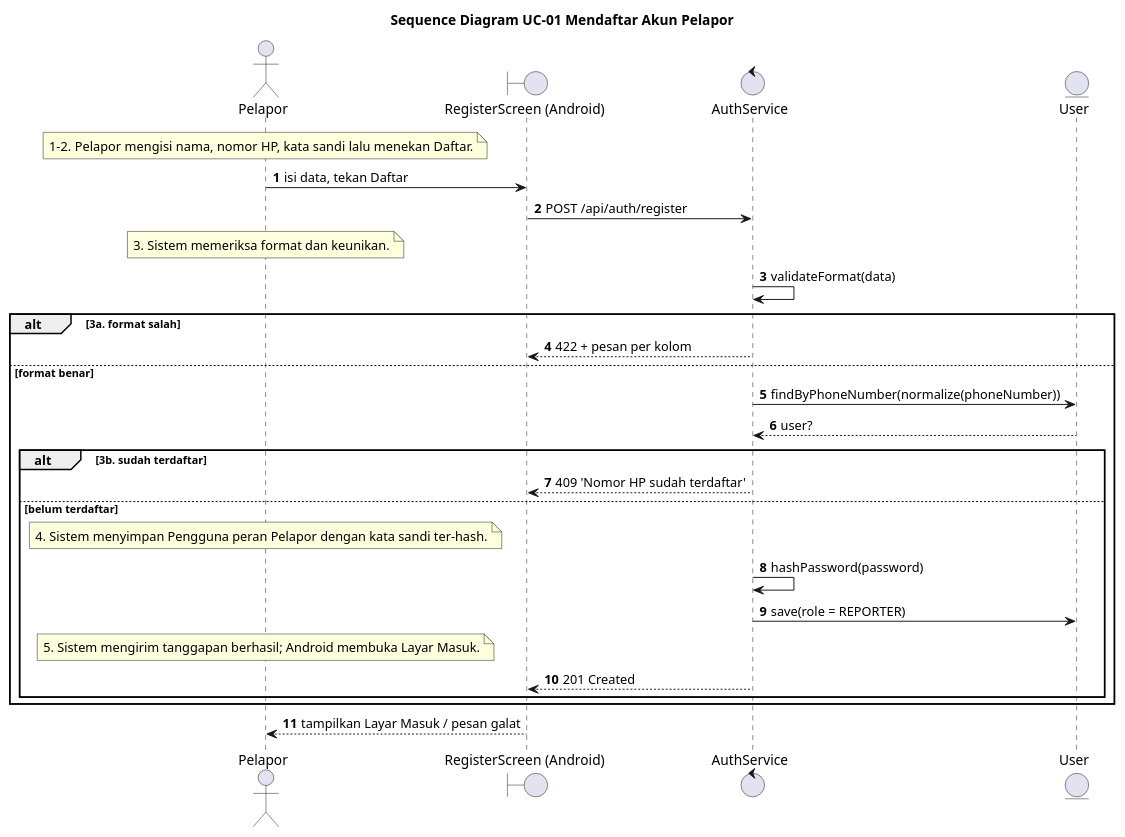
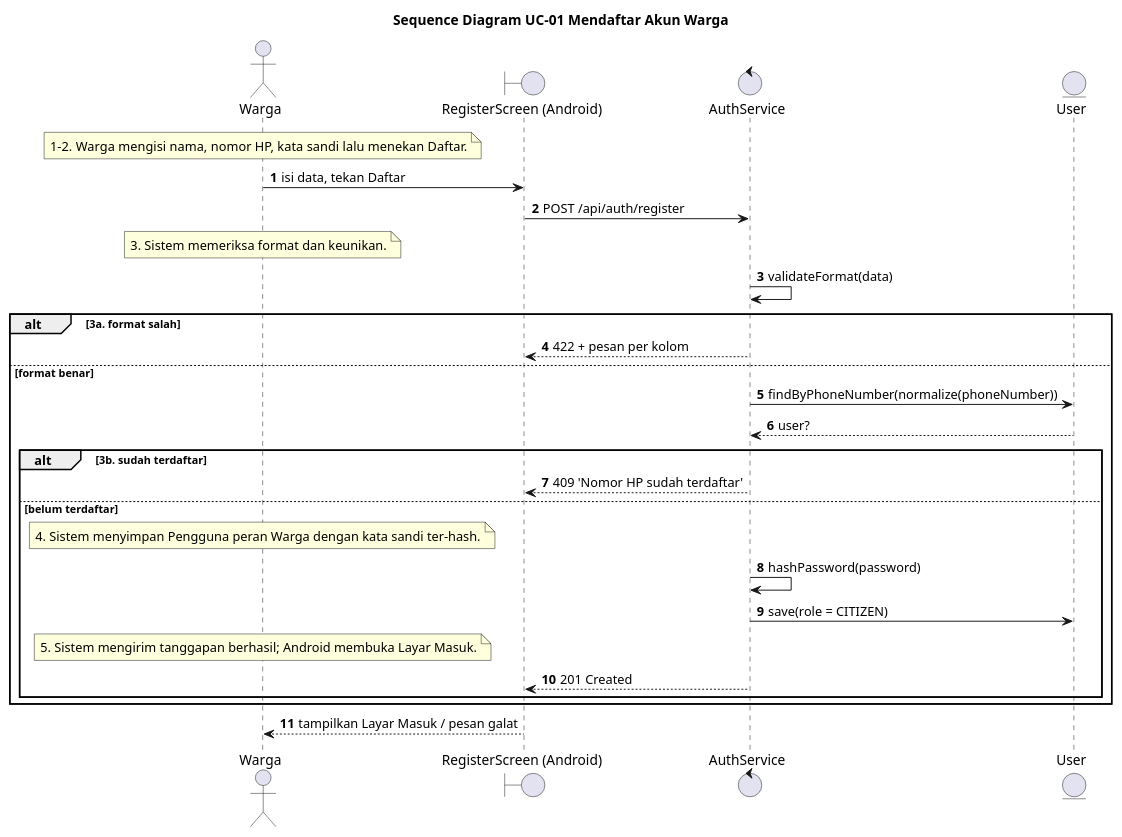
The diagram in specs/001-uc01-register-reporter/iconix/uc01-sequence.puml (wirapatigilang/laporapi-api-web), drawn with PlantUML before and after one commit. The commit also changed 46 other files, not shown here.

First line of the commit message:
Aktor Pelapor diganti Warga, peran REPORTER menjadi CITIZEN

```diff
--- a/specs/001-uc01-register-reporter/iconix/uc01-sequence.puml
+++ b/specs/001-uc01-register-reporter/iconix/uc01-sequence.puml
@@ -1,29 +1,29 @@
 @startuml
-title Sequence Diagram UC-01 Mendaftar Akun Pelapor
+title Sequence Diagram UC-01 Mendaftar Akun Warga
 autonumber
-actor "Pelapor" as pel
+actor "Warga" as pel
 boundary "RegisterScreen (Android)" as lyr
 control "AuthService" as auth
 entity "User" as png
-note over pel : 1–2. Pelapor mengisi nama, nomor HP, kata sandi lalu menekan Daftar.
+note over pel : 1–2. Warga mengisi nama, nomor HP, kata sandi lalu menekan Daftar.
 pel -> lyr : isi data, tekan Daftar
 lyr -> auth : POST /api/auth/register
 note over pel : 3. Sistem memeriksa format dan keunikan.
 auth -> auth : validateFormat(data)
 alt 3a. format salah
 auth --> lyr : 422 + pesan per kolom
 else format benar
 auth -> png : findByPhoneNumber(normalize(phoneNumber))
 png --> auth : user?
 alt 3b. sudah terdaftar
 auth --> lyr : 409 'Nomor HP sudah terdaftar'
 else belum terdaftar
-note over pel : 4. Sistem menyimpan Pengguna peran Pelapor dengan kata sandi ter-hash.
+note over pel : 4. Sistem menyimpan Pengguna peran Warga dengan kata sandi ter-hash.
 auth -> auth : hashPassword(password)
-auth -> png : save(role = REPORTER)
+auth -> png : save(role = CITIZEN)
 note over pel : 5. Sistem mengirim tanggapan berhasil; Android membuka Layar Masuk.
 auth --> lyr : 201 Created
 end
 end
 lyr --> pel : tampilkan Layar Masuk / pesan galat
 @enduml
```
